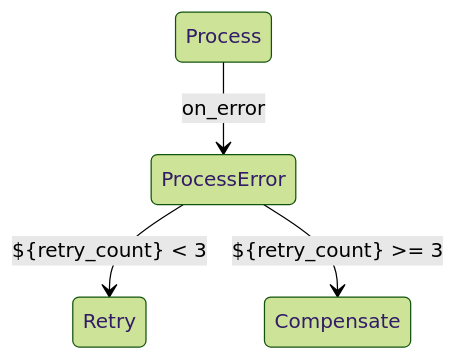
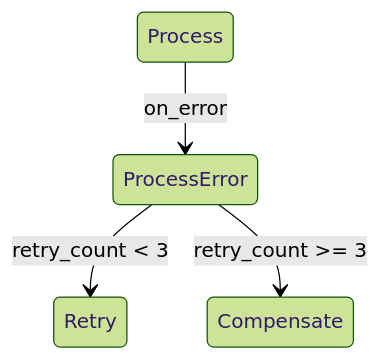
One commit to wballard/swissarmyhammer changed the diagram in issues/000073_step.md. Above: the diagram before and after it, drawn with Mermaid (forest theme). The commit also changed 3 other files, not shown here.

````diff
--- a/issues/000073_step.md
+++ b/issues/000073_step.md
@@ -16,6 +16,6 @@
    ```mermaid
    stateDiagram-v2
        Process --> ProcessError: on_error
-       ProcessError --> Retry: ${retry_count} < 3
-       ProcessError --> Compensate: ${retry_count} >= 3
+       ProcessError --> Retry: retry_count < 3
+       ProcessError --> Compensate: retry_count >= 3
    ```
````
